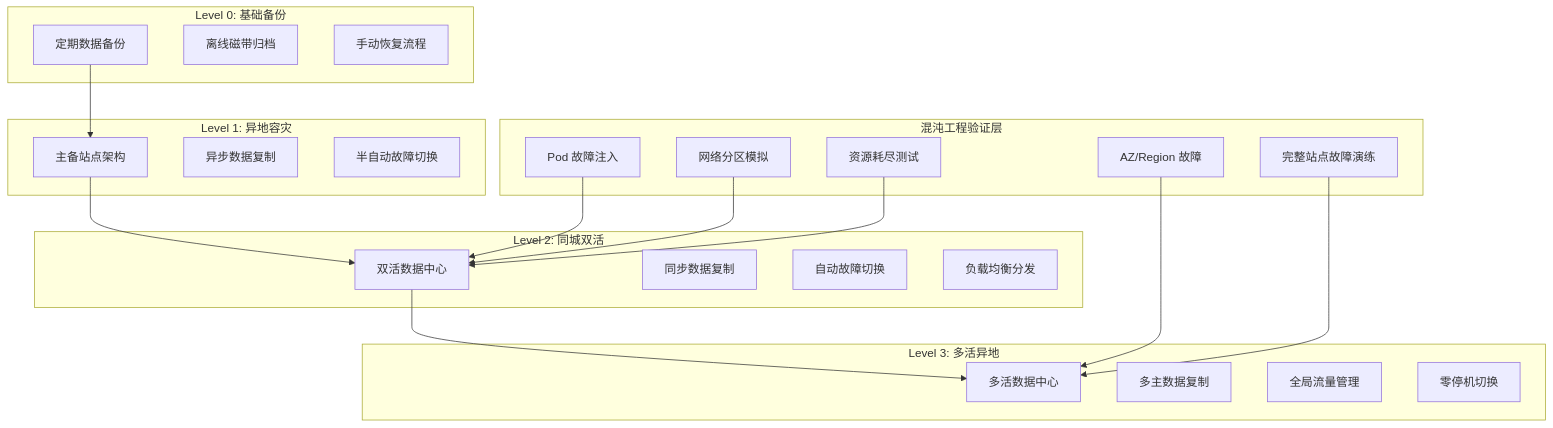
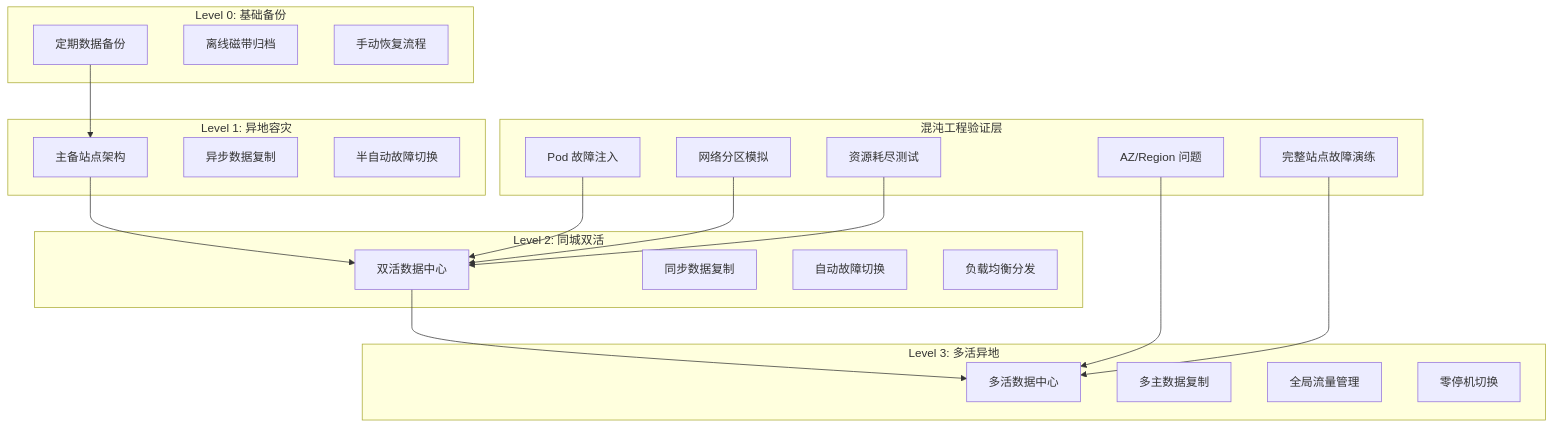
The diagram in domain-09-reliability-engineering/02-disaster-recovery/03-enterprise-disaster-recovery-chaos-engineering.md (kudig-io/kudig-database), drawn with Mermaid before and after one commit. The commit also changed other lines of this file and 1236 other files, not shown here.

````diff
--- a/domain-09-reliability-engineering/02-disaster-recovery/03-enterprise-disaster-recovery-chaos-engineering.md
+++ b/domain-09-reliability-engineering/02-disaster-recovery/03-enterprise-disaster-recovery-chaos-engineering.md
@@ -95,43 +95,43 @@
 ```mermaid
 graph TB
     subgraph "Level 0: 基础备份"
         B1[定期数据备份]
         B2[离线磁带归档]
         B3[手动恢复流程]
     end
     
     subgraph "Level 1: 异地容灾"
         C1[主备站点架构]
         C2[异步数据复制]
         C3[半自动故障切换]
     end
     
     subgraph "Level 2: 同城双活"
         D1[双活数据中心]
         D2[同步数据复制]
         D3[自动故障切换]
         D4[负载均衡分发]
     end
     
     subgraph "Level 3: 多活异地"
         E1[多活数据中心]
         E2[多主数据复制]
         E3[全局流量管理]
         E4[零停机切换]
     end
     
     subgraph "混沌工程验证层"
         F1[Pod 故障注入]
         F2[网络分区模拟]
         F3[资源耗尽测试]
-        F4[AZ/Region 故障]
+        F4[AZ/Region 问题]
         F5[完整站点故障演练]
     end
     
     B1 --> C1
     C1 --> D1
     D1 --> E1
     
     F1 & F2 & F3 --> D1
     F4 & F5 --> E1
 ```
````
